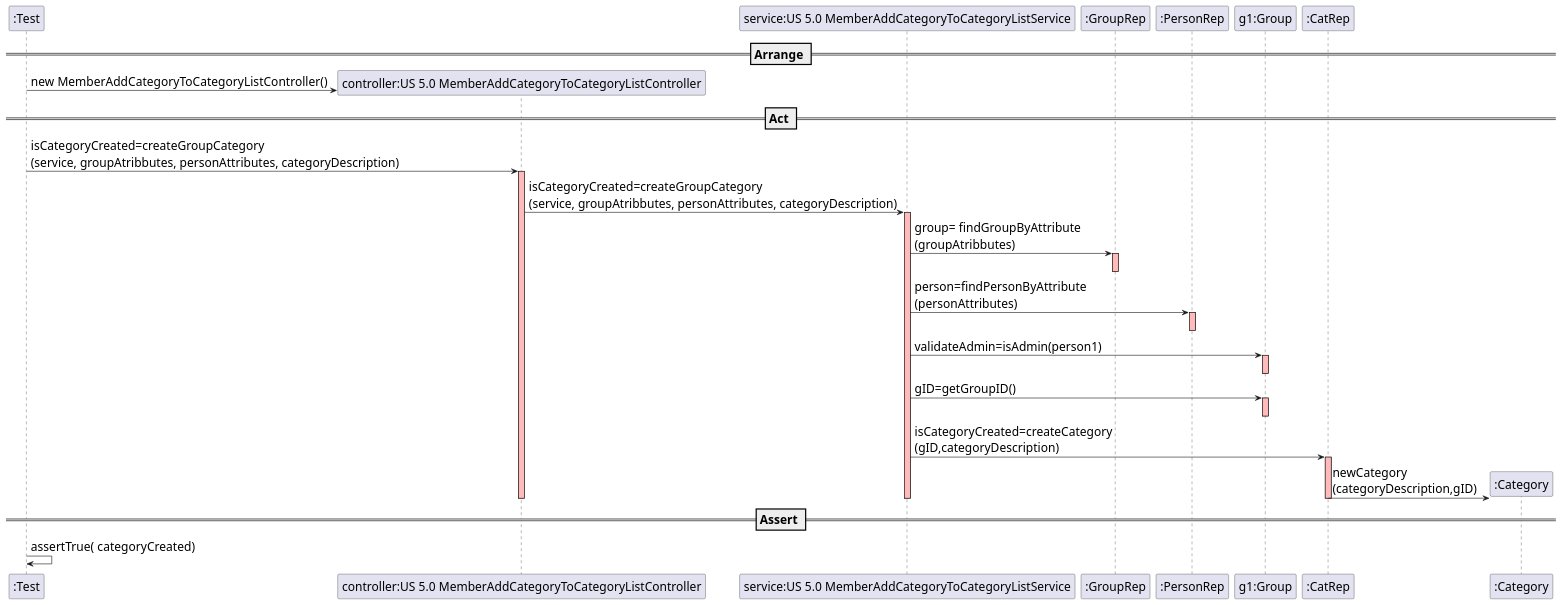
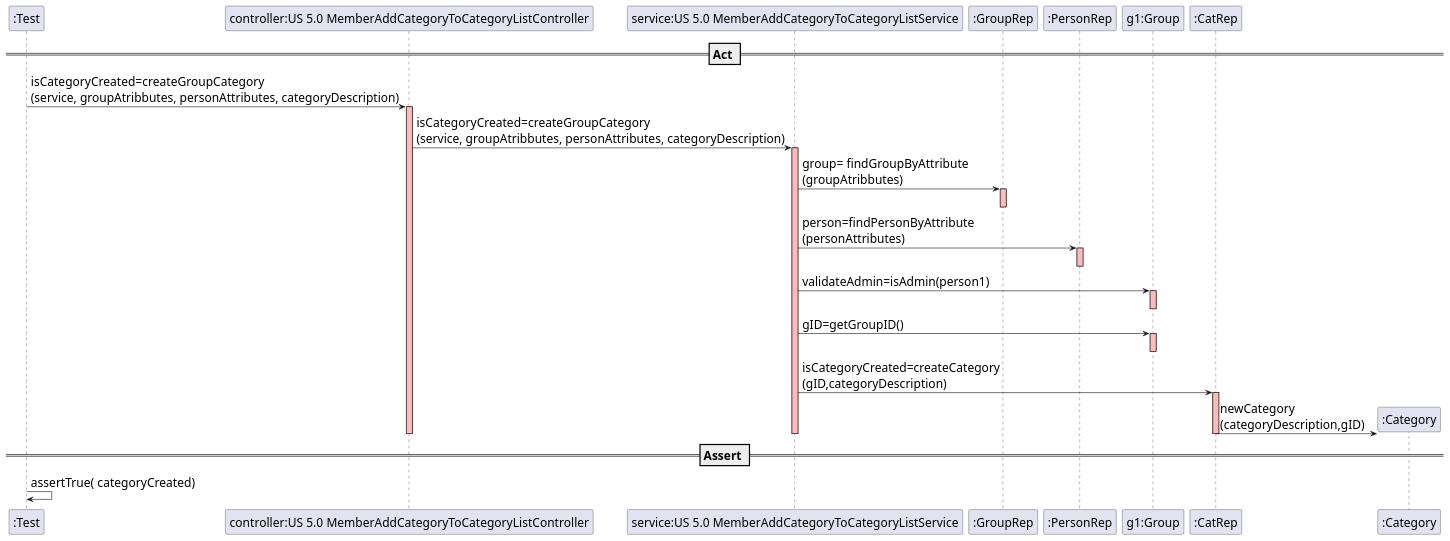
The diagram in src/main/java/switch2019/project/controllers/US005_1AdminAddsCategorySD.puml (mleitaoribeiro/DevOpsMaven), drawn with PlantUML before and after one commit. The commit also changed 5 other files, not shown here.

```diff
--- a/src/main/java/switch2019/project/controllers/US005_1AdminAddsCategorySD.puml
+++ b/src/main/java/switch2019/project/controllers/US005_1AdminAddsCategorySD.puml
@@ -1,46 +1,41 @@
 @startuml
 skinparam DefaultFontSize 20
-create ":Test"
-
-== Arrange ==
-
-create "controller:US 5.0 MemberAddCategoryToCategoryListController"
-":Test" -> "controller:US 5.0 MemberAddCategoryToCategoryListController" : new MemberAddCategoryToCategoryListController()
+participant ":Test"
 
 == Act ==
 ":Test" -> "controller:US 5.0 MemberAddCategoryToCategoryListController" :isCategoryCreated=createGroupCategory\n(service, groupAtribbutes, personAttributes, categoryDescription)
 activate "controller:US 5.0 MemberAddCategoryToCategoryListController" #FFBBBB
 
 "controller:US 5.0 MemberAddCategoryToCategoryListController"-> "service:US 5.0 MemberAddCategoryToCategoryListService":isCategoryCreated=createGroupCategory\n(service, groupAtribbutes, personAttributes, categoryDescription)
 activate "service:US 5.0 MemberAddCategoryToCategoryListService" #FFBBBB
 
 "service:US 5.0 MemberAddCategoryToCategoryListService"->":GroupRep":group= findGroupByAttribute\n(groupAtribbutes)
 activate ":GroupRep" #FFBBBB
 deactivate ":GroupRep"
 
 "service:US 5.0 MemberAddCategoryToCategoryListService"->":PersonRep": person=findPersonByAttribute\n(personAttributes)
 activate ":PersonRep" #FFBBBB
 deactivate ":PersonRep"
 
 "service:US 5.0 MemberAddCategoryToCategoryListService"->"g1:Group": validateAdmin=isAdmin(person1)
 activate "g1:Group" #FFBBBB
 deactivate "g1:Group"
 
 "service:US 5.0 MemberAddCategoryToCategoryListService"->"g1:Group": gID=getGroupID()
 activate "g1:Group" #FFBBBB
 deactivate "g1:Group"
 
 "service:US 5.0 MemberAddCategoryToCategoryListService"->":CatRep":isCategoryCreated=createCategory\n(gID,categoryDescription)
 activate ":CatRep" #FFBBBB
 
 create ":Category"
 ":CatRep"->":Category":newCategory\n(categoryDescription,gID)
 
 deactivate ":CatRep"
 deactivate "service:US 5.0 MemberAddCategoryToCategoryListService"
 deactivate "controller:US 5.0 MemberAddCategoryToCategoryListController"
 
 
 == Assert ==
 ":Test" -> ":Test" : assertTrue( categoryCreated)
 @enduml
```
